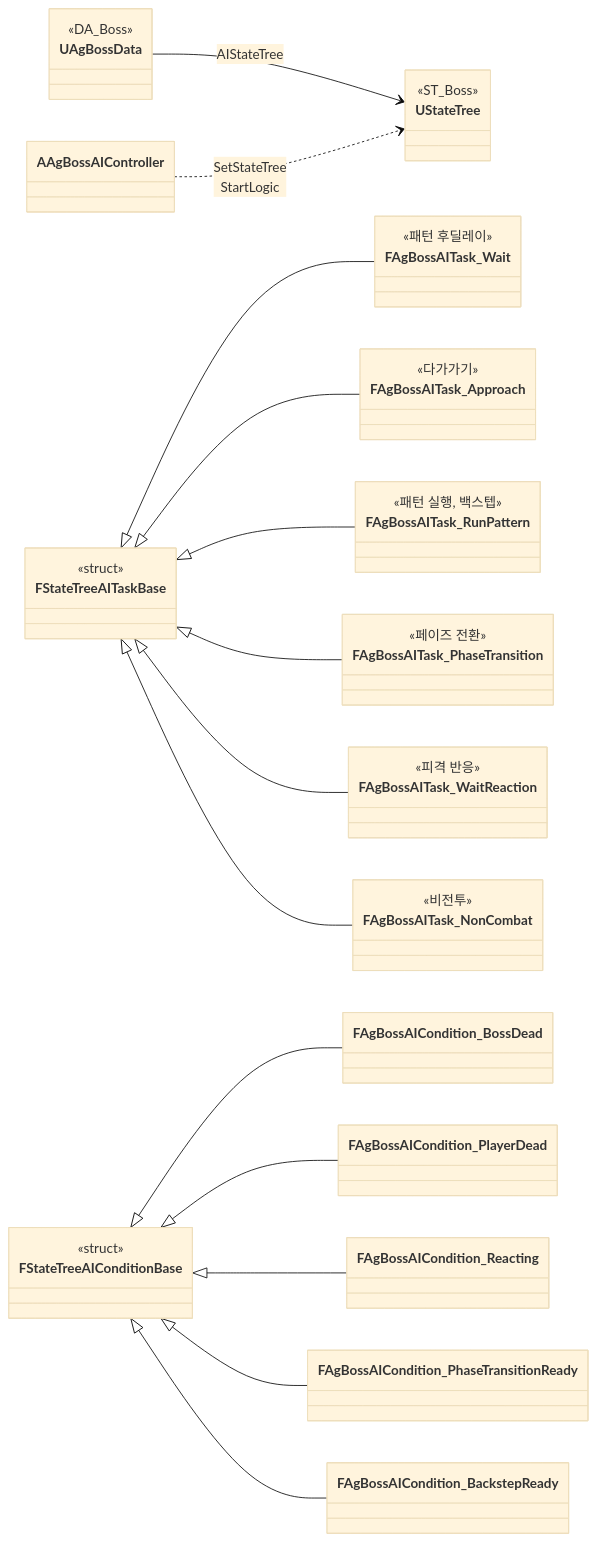
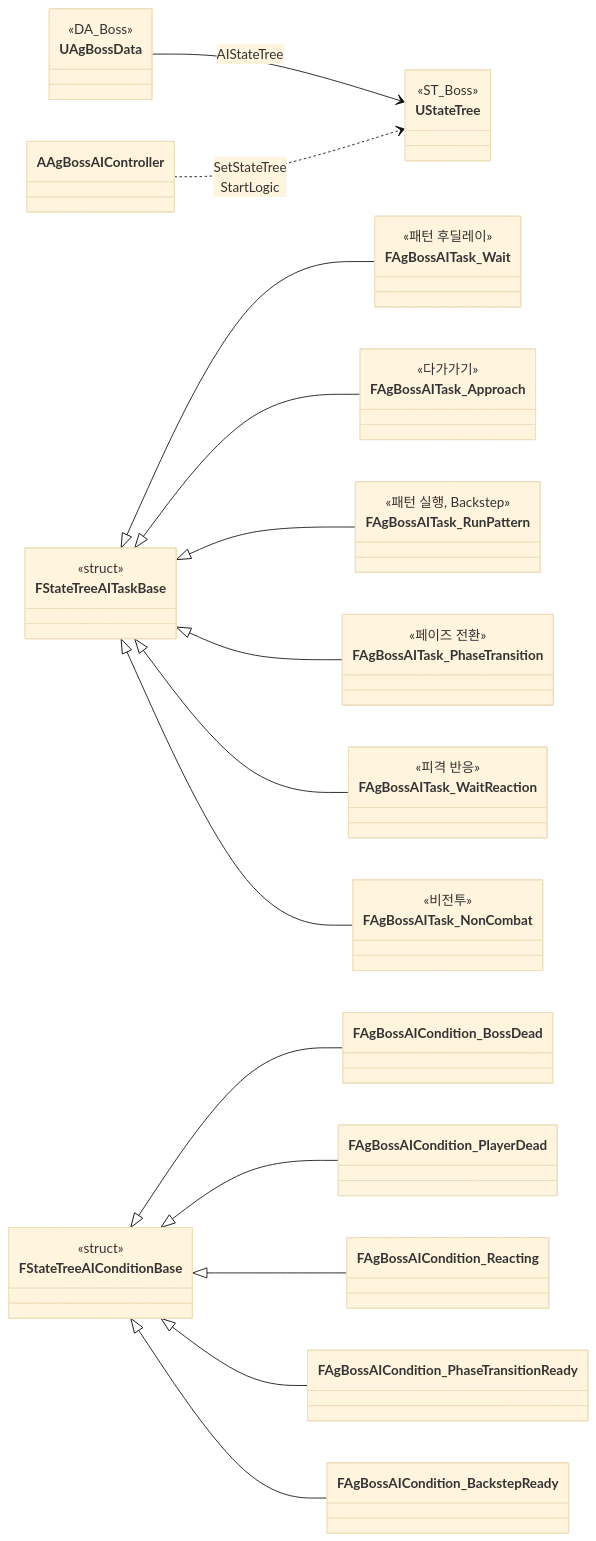
One commit to Woogl/Ag changed the first of 3 diagrams in Docs/Program/보스.md. Above: the diagram before and after it, drawn with Mermaid (base theme). The commit also changed other lines of this file and 41 other files, not shown here.

````diff
--- a/Docs/Program/보스.md
+++ b/Docs/Program/보스.md
@@ -34,47 +33,47 @@
 ```mermaid
 classDiagram
     direction LR
     class UAgBossData {
         <<DA_Boss>>
     }
     class UStateTree {
         <<ST_Boss>>
     }
     class FStateTreeAITaskBase {
         <<struct>>
     }
     class FStateTreeAIConditionBase {
         <<struct>>
     }
     class FAgBossAITask_Wait {
         <<패턴 후딜레이>>
     }
     class FAgBossAITask_Approach {
         <<다가가기>>
     }
     class FAgBossAITask_RunPattern {
-        <<패턴 실행, 백스텝>>
+        <<패턴 실행, Backstep>>
     }
     class FAgBossAITask_PhaseTransition {
         <<페이즈 전환>>
     }
     class FAgBossAITask_WaitReaction {
         <<피격 반응>>
     }
     class FAgBossAITask_NonCombat {
         <<비전투>>
     }
     UAgBossData --> UStateTree : AIStateTree
     AAgBossAIController ..> UStateTree : SetStateTree<br>StartLogic
     FStateTreeAITaskBase <|-- FAgBossAITask_Wait
     FStateTreeAITaskBase <|-- FAgBossAITask_Approach
     FStateTreeAITaskBase <|-- FAgBossAITask_RunPattern
     FStateTreeAITaskBase <|-- FAgBossAITask_PhaseTransition
     FStateTreeAITaskBase <|-- FAgBossAITask_WaitReaction
     FStateTreeAITaskBase <|-- FAgBossAITask_NonCombat
     FStateTreeAIConditionBase <|-- FAgBossAICondition_BossDead
     FStateTreeAIConditionBase <|-- FAgBossAICondition_PlayerDead
     FStateTreeAIConditionBase <|-- FAgBossAICondition_Reacting
     FStateTreeAIConditionBase <|-- FAgBossAICondition_PhaseTransitionReady
     FStateTreeAIConditionBase <|-- FAgBossAICondition_BackstepReady
 ```
````
